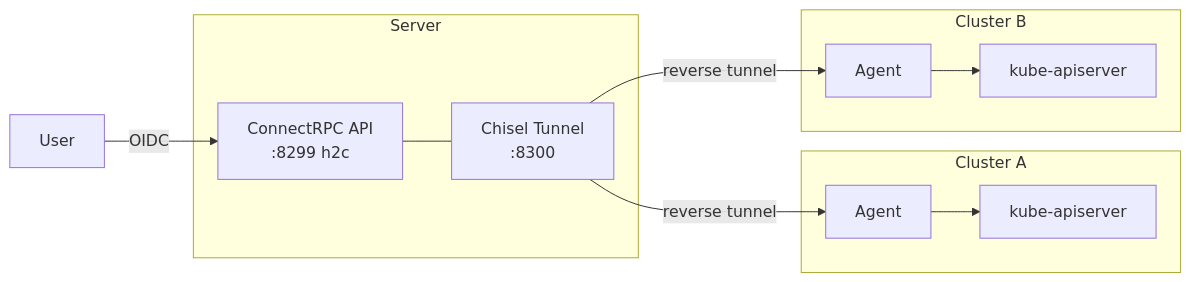
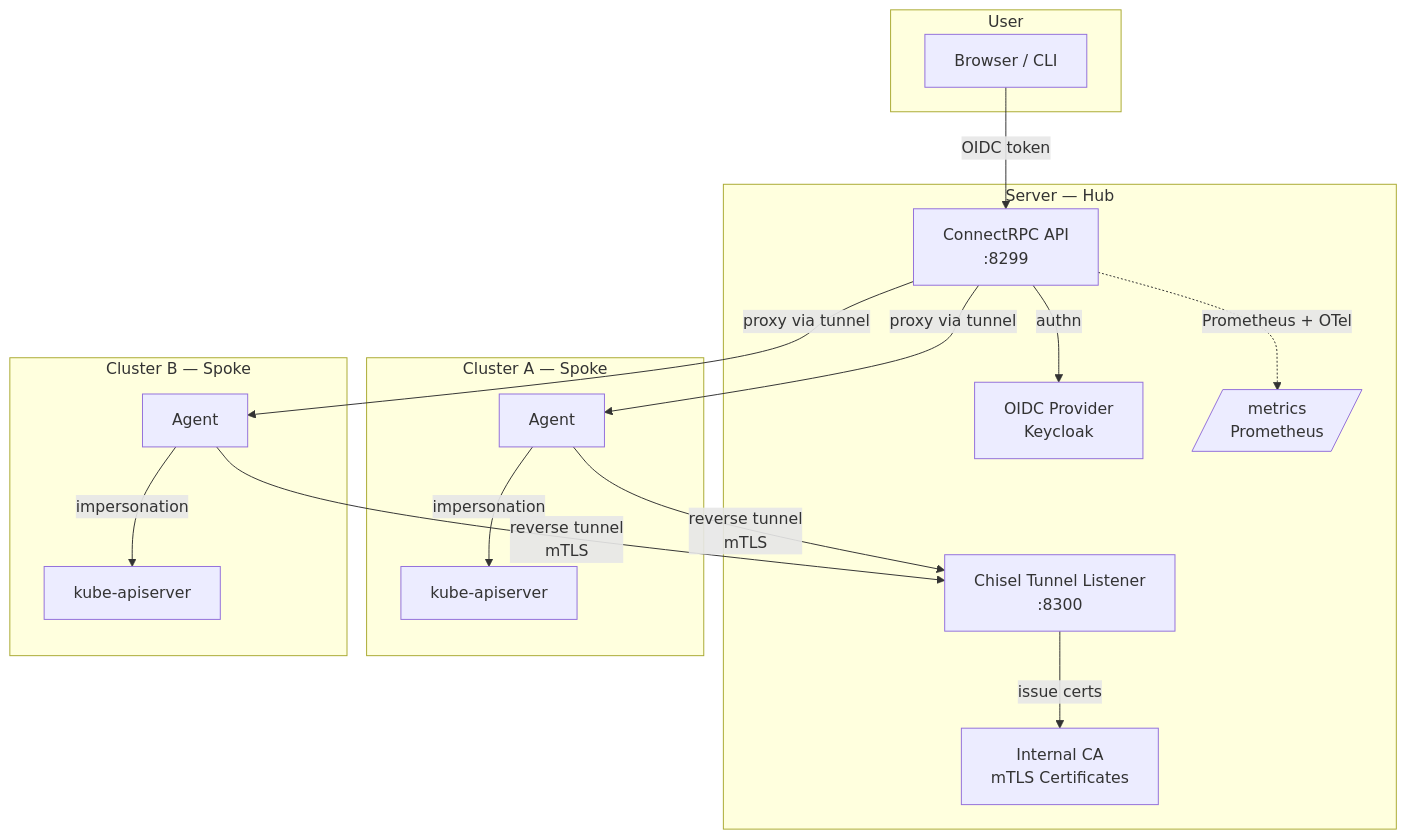
Before and after one commit to otterscale/otterscale-agent: the first of 2 diagrams in README.md, drawn with Mermaid. The commit also changed other lines of this file, not shown here.

Commit message:
docs: update README to enhance clarity on architecture, system flow, and getting started instructions for the OtterScale Agent

````diff
--- a/README.md
+++ b/README.md
@@ -7,21 +24,36 @@
 ```mermaid
-flowchart LR
-    User -->|OIDC| Server
-
-    subgraph hub [Server]
-        Server["ConnectRPC API<br>:8299 h2c"]
-        Tunnel["Chisel Tunnel<br>:8300"]
-        Server --- Tunnel
+graph TB
+    subgraph "User"
+        U[Browser / CLI]
     end
 
-    Tunnel -->|reverse tunnel| AgentA
-    Tunnel -->|reverse tunnel| AgentB
+    subgraph "Server — Hub"
+        OIDC[OIDC Provider<br/>Keycloak]
+        API[ConnectRPC API<br/>:8299]
+        TL[Chisel Tunnel Listener<br/>:8300]
+        CA[Internal CA<br/>mTLS Certificates]
+        METRICS[/metrics<br/>Prometheus/]
 
-    subgraph clusterA [Cluster A]
-        AgentA[Agent] --> KubeA[kube-apiserver]
+        API -- "authn" --> OIDC
+        TL -- "issue certs" --> CA
+        API -. "Prometheus + OTel" .-> METRICS
     end
 
-    subgraph clusterB [Cluster B]
-        AgentB[Agent] --> KubeB[kube-apiserver]
+    subgraph "Cluster A — Spoke"
+        A_AGENT[Agent]
+        A_KUBE[kube-apiserver]
+        A_AGENT -- "reverse tunnel<br/>mTLS" --> TL
+        A_AGENT -- "impersonation" --> A_KUBE
     end
+
+    subgraph "Cluster B — Spoke"
+        B_AGENT[Agent]
+        B_KUBE[kube-apiserver]
+        B_AGENT -- "reverse tunnel<br/>mTLS" --> TL
+        B_AGENT -- "impersonation" --> B_KUBE
+    end
+
+    U -- "OIDC token" --> API
+    API -- "proxy via tunnel" --> A_AGENT
+    API -- "proxy via tunnel" --> B_AGENT
 ```
````
